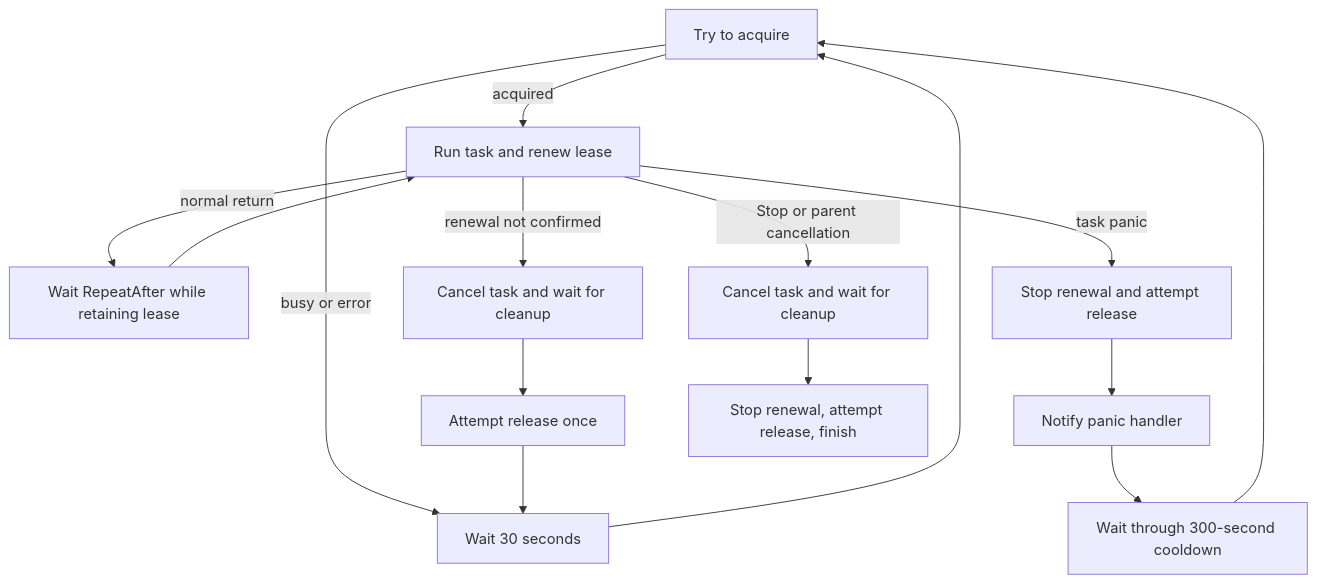
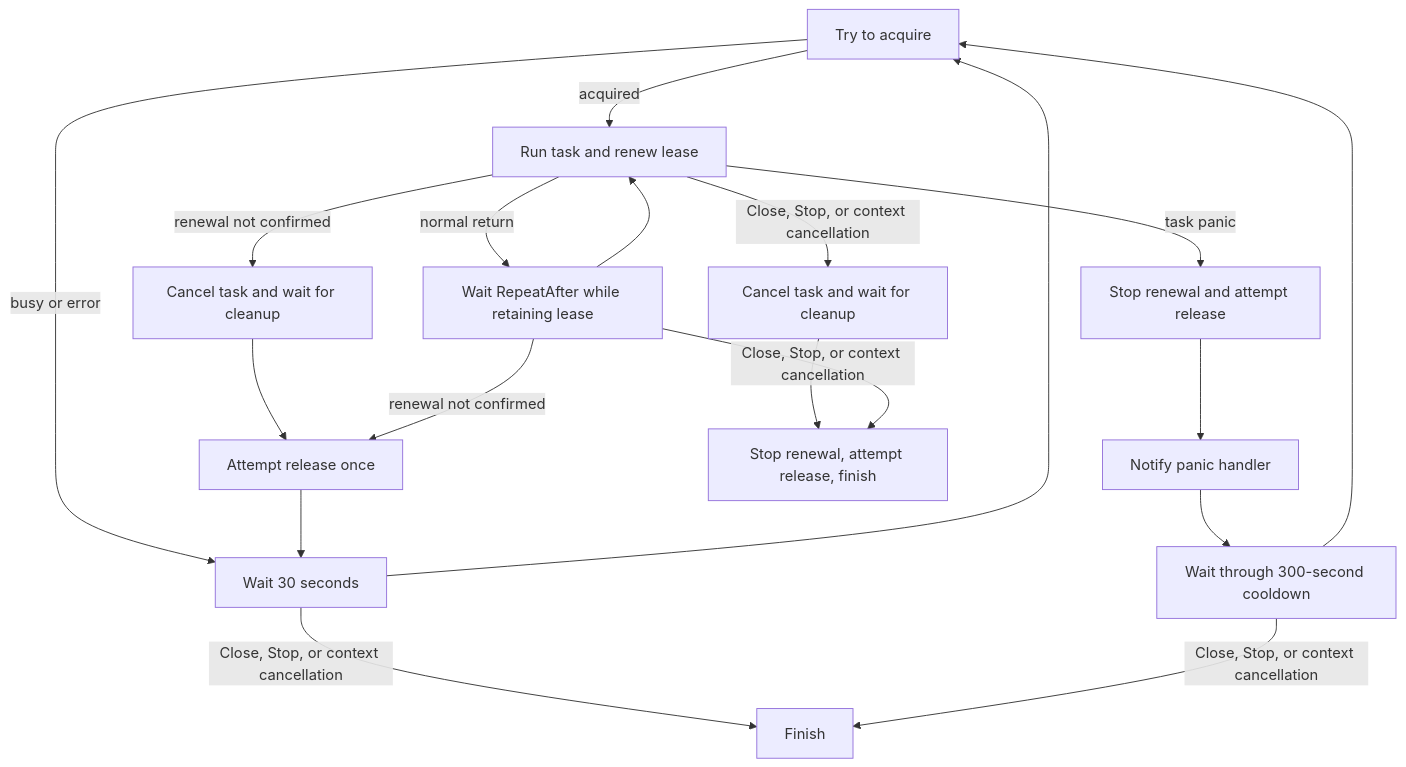
One commit to LazyEasyDev/EasyRoutine changed the diagram in README.md. Above: the diagram before and after it, drawn with Mermaid. The commit also changed other lines of this file and 7 other files, not shown here.

````diff
--- a/README.md
+++ b/README.md
@@ -187,17 +267,21 @@
 ```mermaid
 flowchart TD
     A[Try to acquire] -->|busy or error| B[Wait 30 seconds]
     B --> A
     A -->|acquired| C[Run task and renew lease]
     C -->|normal return| D[Wait RepeatAfter while retaining lease]
     D --> C
     C -->|renewal not confirmed| E[Cancel task and wait for cleanup]
     E --> F[Attempt release once]
+	D -->|renewal not confirmed| F
     F --> B
     C -->|task panic| G[Stop renewal and attempt release]
     G --> H[Notify panic handler]
     H --> I[Wait through 300-second cooldown]
-    I --> A
-    C -->|Stop or parent cancellation| J[Cancel task and wait for cleanup]
+	I --> A
+	C -->|Close, Stop, or context cancellation| J[Cancel task and wait for cleanup]
     J --> K[Stop renewal, attempt release, finish]
+	D -->|Close, Stop, or context cancellation| K
+	B -->|Close, Stop, or context cancellation| L[Finish]
+	I -->|Close, Stop, or context cancellation| L
 ```
````
